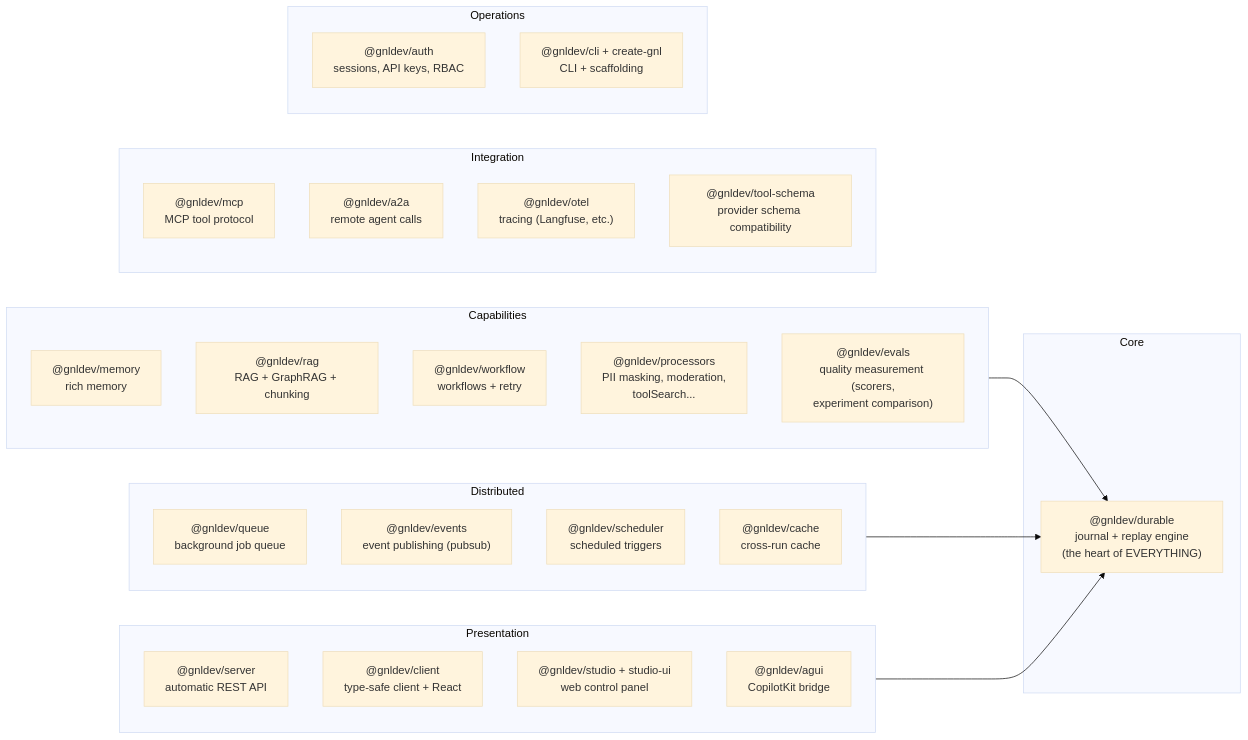
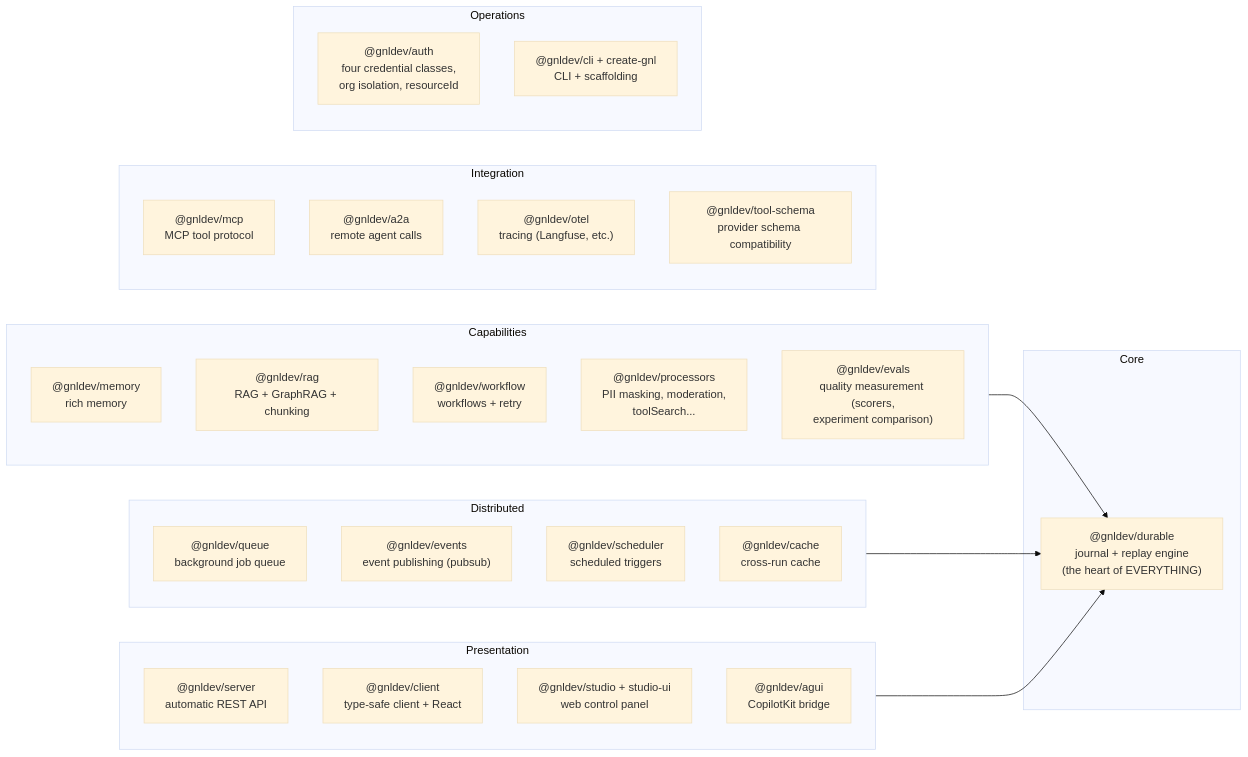
One commit to Karaca7/gnldev changed the fourth of 10 diagrams in docs/GUIDE.md. Above: the diagram before and after it, drawn with Mermaid (base theme). The commit also changed 6 other files, not shown here.

````diff
--- a/docs/GUIDE.md
+++ b/docs/GUIDE.md
@@ -315,38 +315,38 @@
 ```mermaid
 graph LR
     subgraph Core
         durable["@gnldev/durable<br/>journal + replay engine<br/>(the heart of EVERYTHING)"]
     end
     subgraph Capabilities
         memory["@gnldev/memory<br/>rich memory"]
         rag["@gnldev/rag<br/>RAG + GraphRAG + chunking"]
         workflow["@gnldev/workflow<br/>workflows + retry"]
         processors["@gnldev/processors<br/>PII masking, moderation,<br/>toolSearch..."]
         evals["@gnldev/evals<br/>quality measurement (scorers,<br/>experiment comparison)"]
     end
     subgraph Distributed
         queue["@gnldev/queue<br/>background job queue"]
         events["@gnldev/events<br/>event publishing (pubsub)"]
         scheduler["@gnldev/scheduler<br/>scheduled triggers"]
         cache["@gnldev/cache<br/>cross-run cache"]
     end
     subgraph Presentation
         server["@gnldev/server<br/>automatic REST API"]
         client["@gnldev/client<br/>type-safe client + React"]
         studio["@gnldev/studio + studio-ui<br/>web control panel"]
         agui["@gnldev/agui<br/>CopilotKit bridge"]
     end
     subgraph Integration
         mcp["@gnldev/mcp<br/>MCP tool protocol"]
         a2a["@gnldev/a2a<br/>remote agent calls"]
         otel["@gnldev/otel<br/>tracing (Langfuse, etc.)"]
         schema["@gnldev/tool-schema<br/>provider schema compatibility"]
     end
     subgraph Operations
-        auth["@gnldev/auth<br/>sessions, API keys, RBAC"]
+        auth["@gnldev/auth<br/>four credential classes,<br/>org isolation, resourceId"]
         cli["@gnldev/cli + create-gnl<br/>CLI + scaffolding"]
     end
     Capabilities --> durable
     Distributed --> durable
     Presentation --> durable
 ```
````
